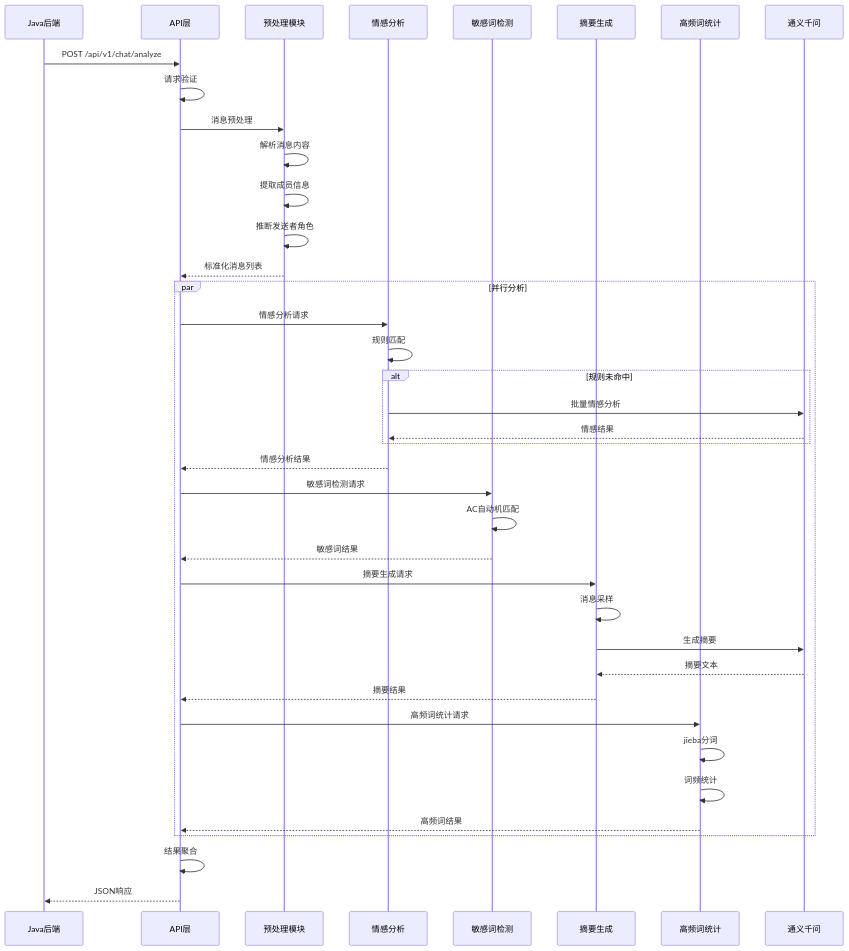
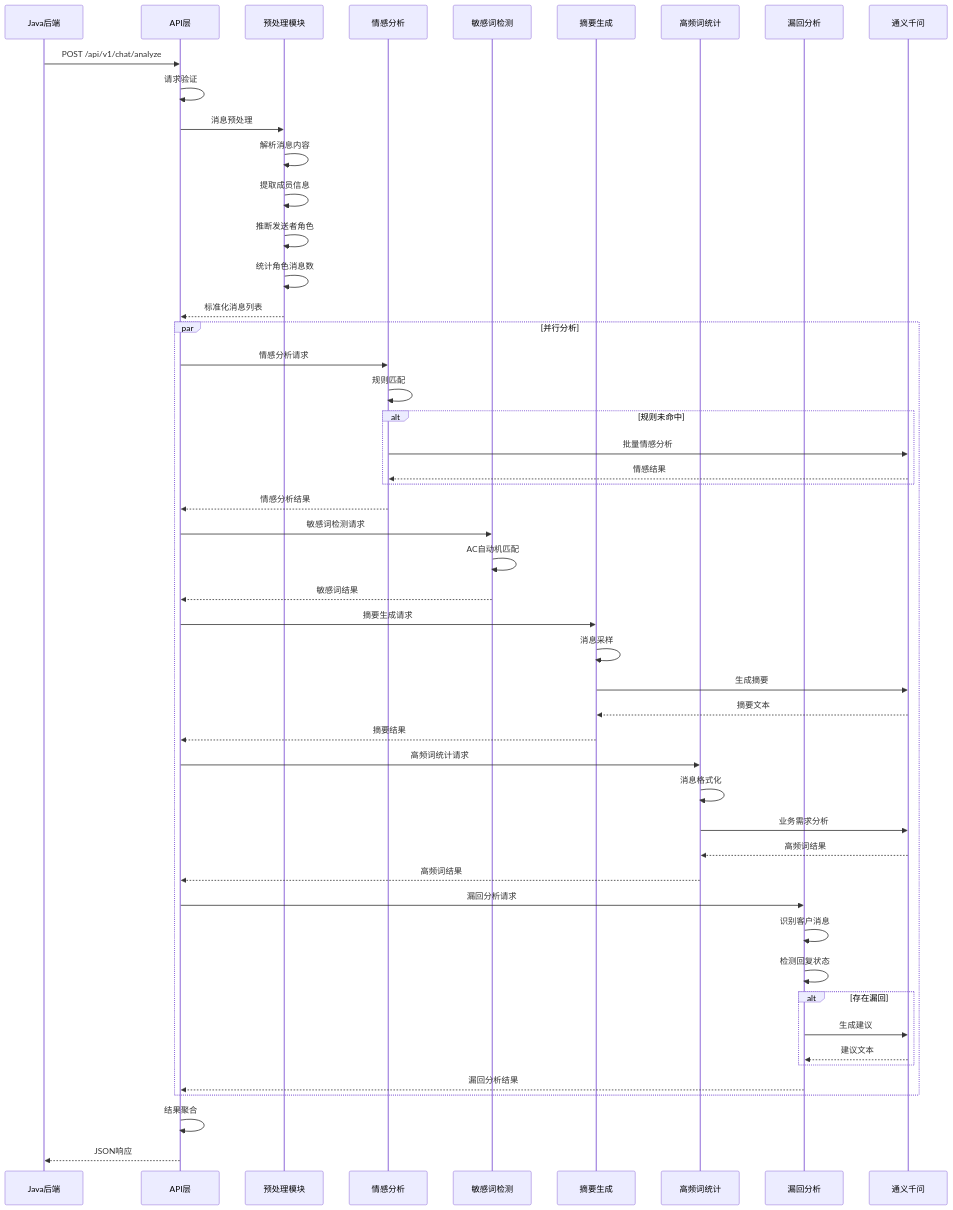
Before and after one commit to competition-W/wechat_analysis: the fourth of 10 diagrams in 系统架构图.md, drawn with Mermaid. The commit also changed other lines of this file and 28 other files, not shown here.

````diff
--- a/系统架构图.md
+++ b/系统架构图.md
@@ -202,47 +240,59 @@
 ```mermaid
 sequenceDiagram
     participant Java as Java后端
     participant API as API层
     participant Pre as 预处理模块
     participant Sent as 情感分析
     participant Sens as 敏感词检测
     participant Sum as 摘要生成
     participant High as 高频词统计
+    participant Unans as 漏回分析
     participant LLM as 通义千问
     
     Java->>API: POST /api/v1/chat/analyze
     API->>API: 请求验证
     API->>Pre: 消息预处理
     Pre->>Pre: 解析消息内容
     Pre->>Pre: 提取成员信息
     Pre->>Pre: 推断发送者角色
+    Pre->>Pre: 统计角色消息数
     Pre-->>API: 标准化消息列表
     
     par 并行分析
         API->>Sent: 情感分析请求
         Sent->>Sent: 规则匹配
         alt 规则未命中
             Sent->>LLM: 批量情感分析
             LLM-->>Sent: 情感结果
         end
         Sent-->>API: 情感分析结果
         
         API->>Sens: 敏感词检测请求
         Sens->>Sens: AC自动机匹配
         Sens-->>API: 敏感词结果
         
         API->>Sum: 摘要生成请求
         Sum->>Sum: 消息采样
         Sum->>LLM: 生成摘要
         LLM-->>Sum: 摘要文本
         Sum-->>API: 摘要结果
         
         API->>High: 高频词统计请求
-        High->>High: jieba分词
-        High->>High: 词频统计
+        High->>High: 消息格式化
+        High->>LLM: 业务需求分析
+        LLM-->>High: 高频词结果
         High-->>API: 高频词结果
+        
+        API->>Unans: 漏回分析请求
+        Unans->>Unans: 识别客户消息
+        Unans->>Unans: 检测回复状态
+        alt 存在漏回
+            Unans->>LLM: 生成建议
+            LLM-->>Unans: 建议文本
+        end
+        Unans-->>API: 漏回分析结果
     end
     
     API->>API: 结果聚合
     API-->>Java: JSON响应
 ```
````
